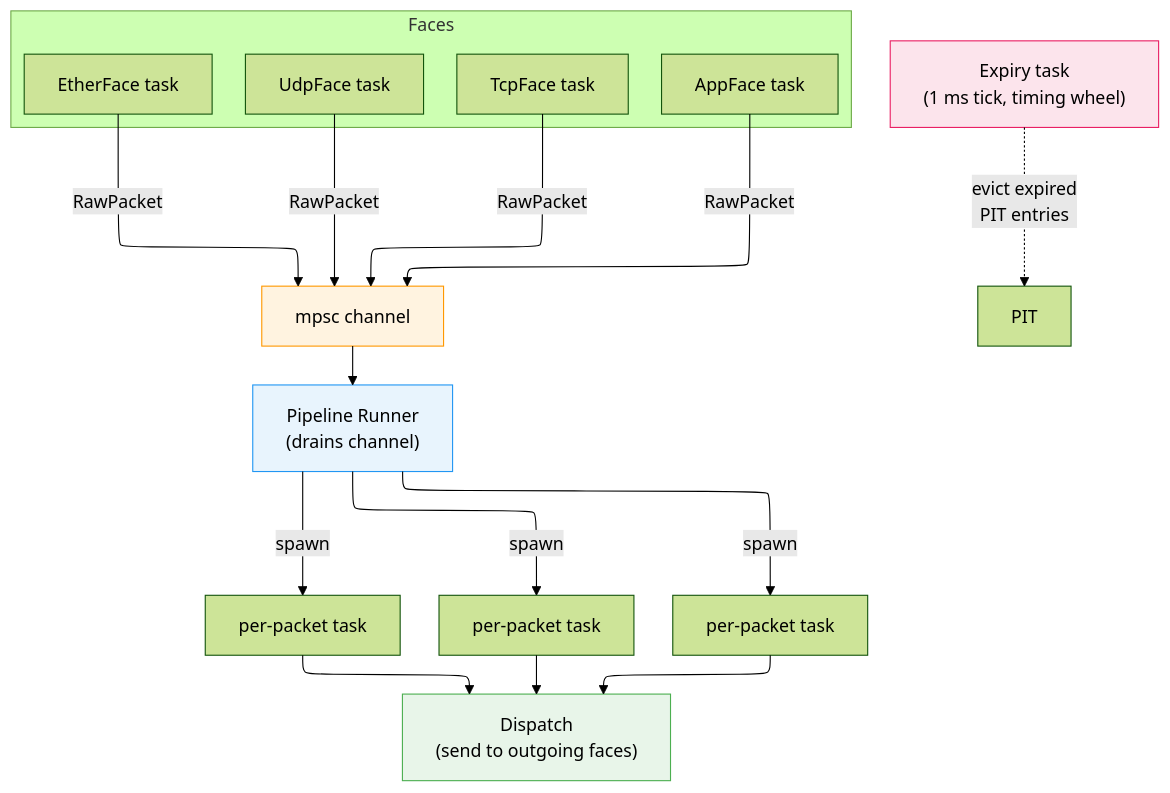
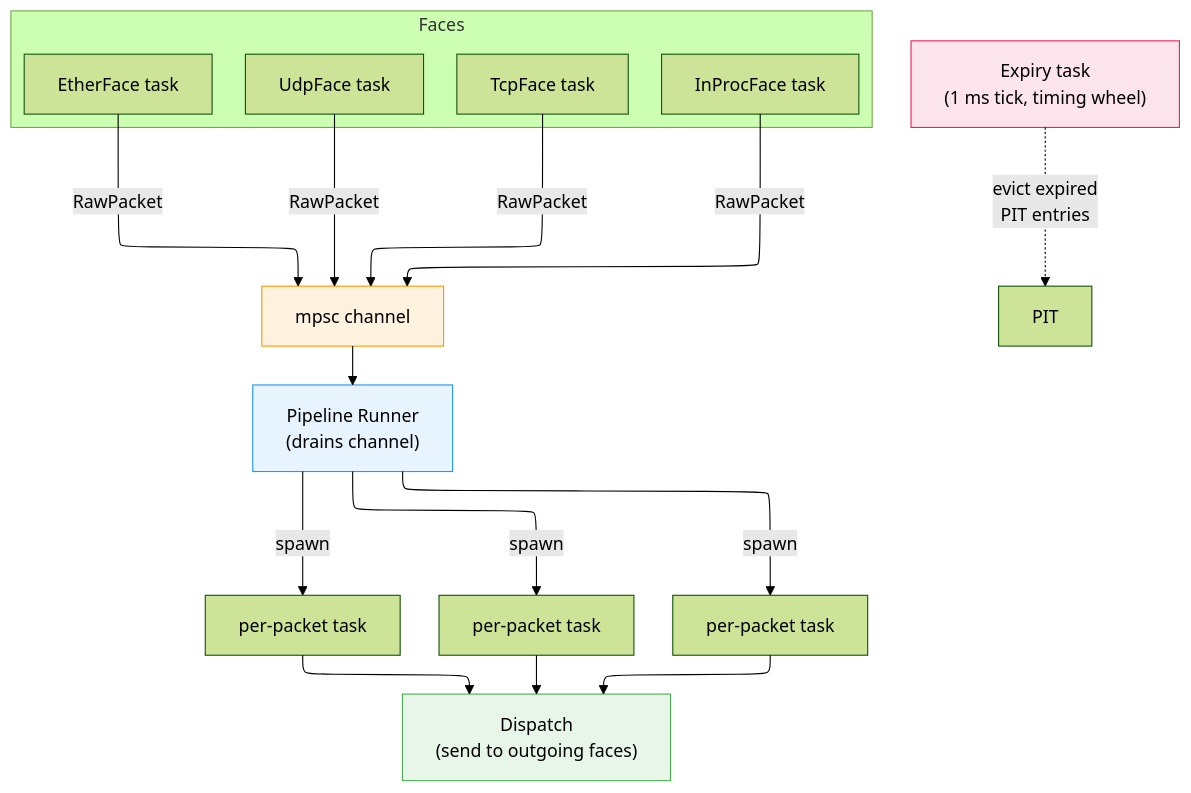
The third of 3 diagrams in docs/wiki/src/design/overview.md (Quarmire/ndn-rs), drawn with Mermaid (forest theme) before and after one commit. The commit also changed other lines of this file and 29 other files, not shown here.

First line of the commit message:
docs: update ARCHITECTURE.md, wiki, and CHANGELOG for v0.1.0

````diff
--- a/docs/wiki/src/design/overview.md
+++ b/docs/wiki/src/design/overview.md
@@ -101,32 +101,32 @@
 ```mermaid
 %%{init: {"layout": "elk"}}%%
 graph TD
     subgraph Faces
         F1["UdpFace task"]
         F2["TcpFace task"]
-        F3["AppFace task"]
+        F3["InProcFace task"]
         F4["EtherFace task"]
     end
 
     F1 -->|"RawPacket"| CH["mpsc channel"]
     F2 -->|"RawPacket"| CH
     F3 -->|"RawPacket"| CH
     F4 -->|"RawPacket"| CH
 
     CH --> PR["Pipeline Runner<br/>(drains channel)"]
 
     PR -->|"spawn"| T1["per-packet task"]
     PR -->|"spawn"| T2["per-packet task"]
     PR -->|"spawn"| T3["per-packet task"]
 
     T1 --> D["Dispatch<br/>(send to outgoing faces)"]
     T2 --> D
     T3 --> D
 
     EX["Expiry task<br/>(1 ms tick, timing wheel)"] -.->|"evict expired<br/>PIT entries"| PIT["PIT"]
 
     style CH fill:#fff3e0,stroke:#FF9800
     style PR fill:#e8f4fd,stroke:#2196F3
     style D fill:#e8f5e9,stroke:#4CAF50
     style EX fill:#fce4ec,stroke:#E91E63
 ```
````
